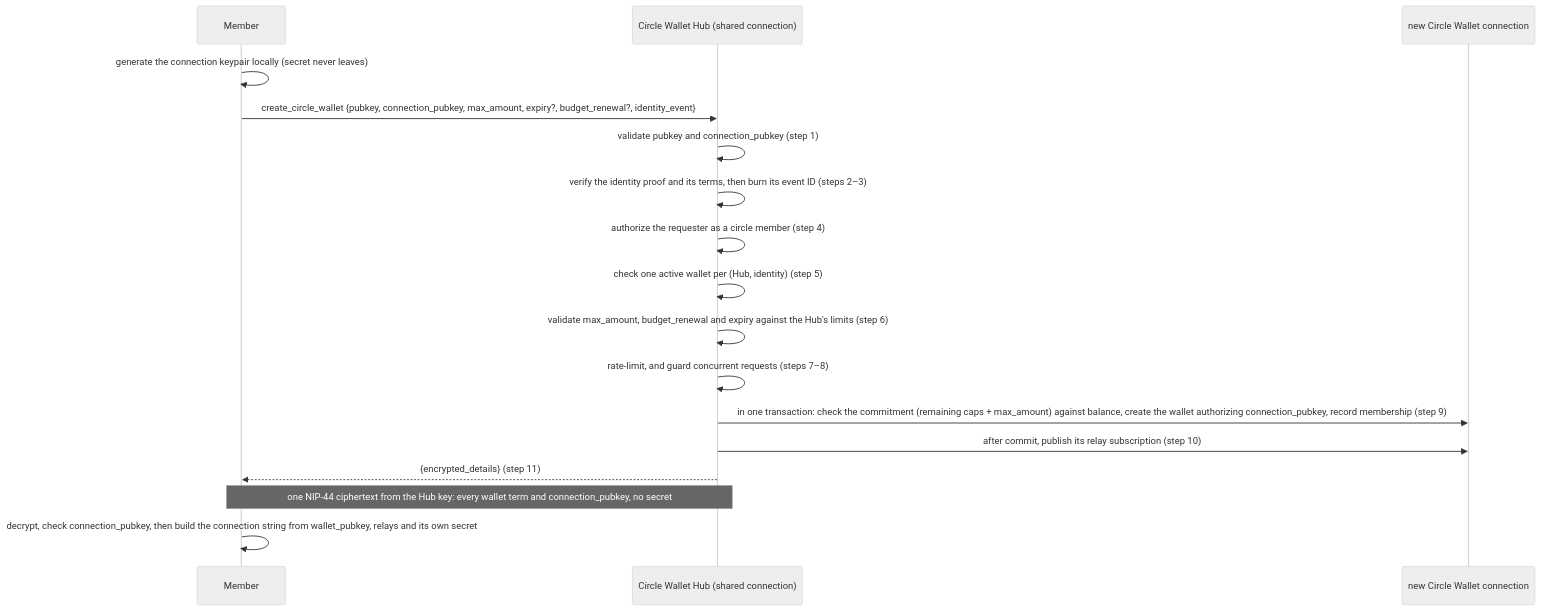
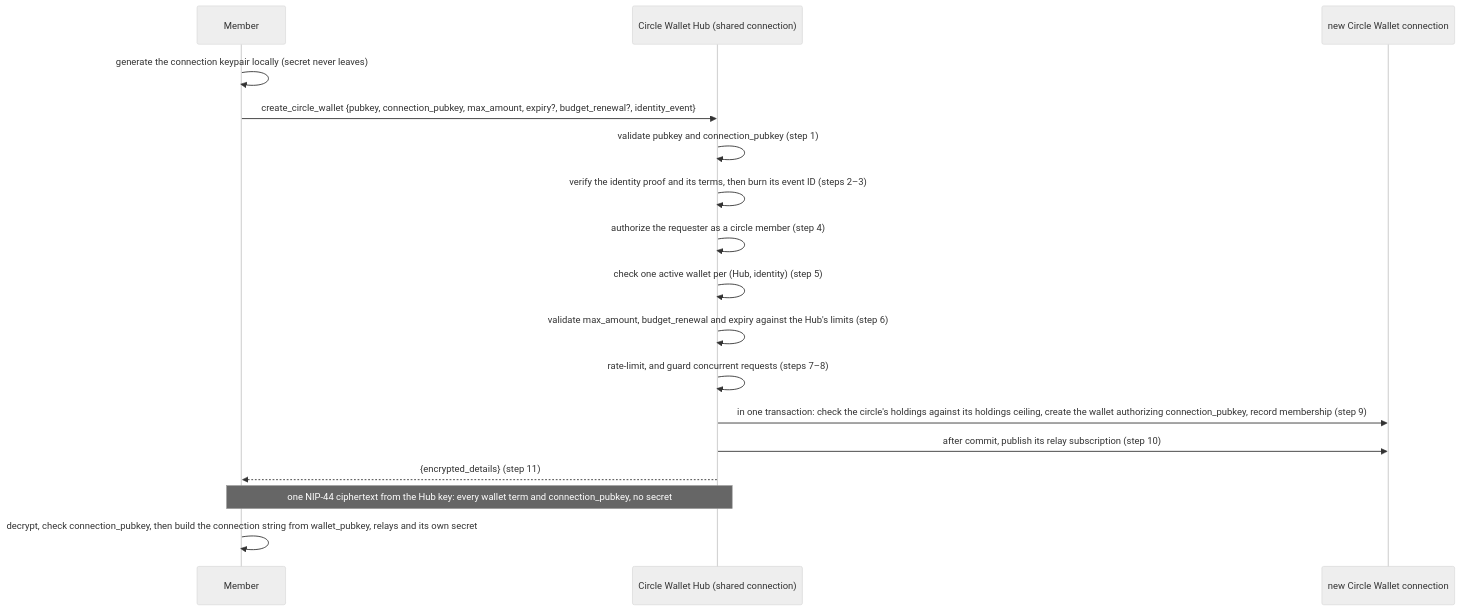
Before and after one commit to ohstr/nips: the first of 2 diagrams in NIP-CW.md, drawn with Mermaid (neutral theme). The commit also changed other lines of this file, not shown here.

````diff
--- a/NIP-CW.md
+++ b/NIP-CW.md
@@ -165,20 +165,20 @@
 ```mermaid
 sequenceDiagram
     participant Member
     participant Hub as Circle Wallet Hub (shared connection)
     participant Wallet as new Circle Wallet connection
 
     Member->>Member: generate the connection keypair locally (secret never leaves)
     Member->>Hub: create_circle_wallet {pubkey, connection_pubkey, max_amount, expiry?, budget_renewal?, identity_event}
     Hub->>Hub: validate pubkey and connection_pubkey (step 1)
     Hub->>Hub: verify the identity proof and its terms, then burn its event ID (steps 2–3)
     Hub->>Hub: authorize the requester as a circle member (step 4)
     Hub->>Hub: check one active wallet per (Hub, identity) (step 5)
     Hub->>Hub: validate max_amount, budget_renewal and expiry against the Hub's limits (step 6)
     Hub->>Hub: rate-limit, and guard concurrent requests (steps 7–8)
-    Hub->>Wallet: in one transaction: check the commitment (remaining caps + max_amount) against balance, create the wallet authorizing connection_pubkey, record membership (step 9)
+    Hub->>Wallet: in one transaction: check the circle's holdings against its holdings ceiling, create the wallet authorizing connection_pubkey, record membership (step 9)
     Hub->>Wallet: after commit, publish its relay subscription (step 10)
     Hub-->>Member: {encrypted_details} (step 11)
     Note over Hub,Member: one NIP-44 ciphertext from the Hub key: every wallet term and connection_pubkey, no secret
     Member->>Member: decrypt, check connection_pubkey, then build the connection string from wallet_pubkey, relays and its own secret
 ```
````
